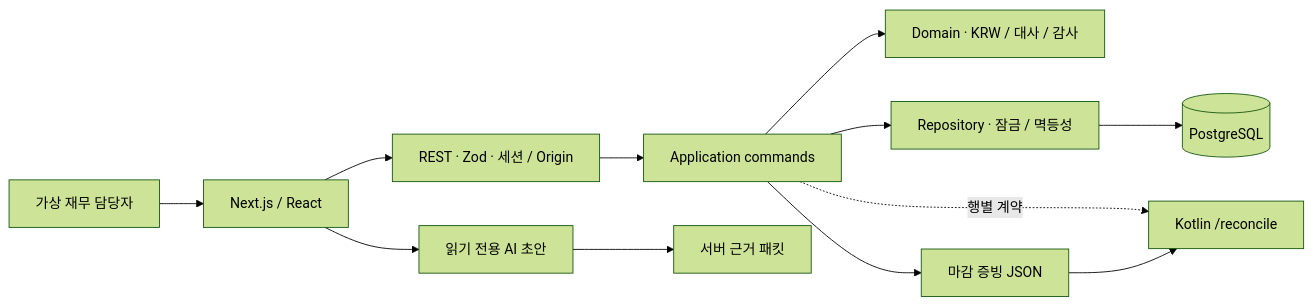
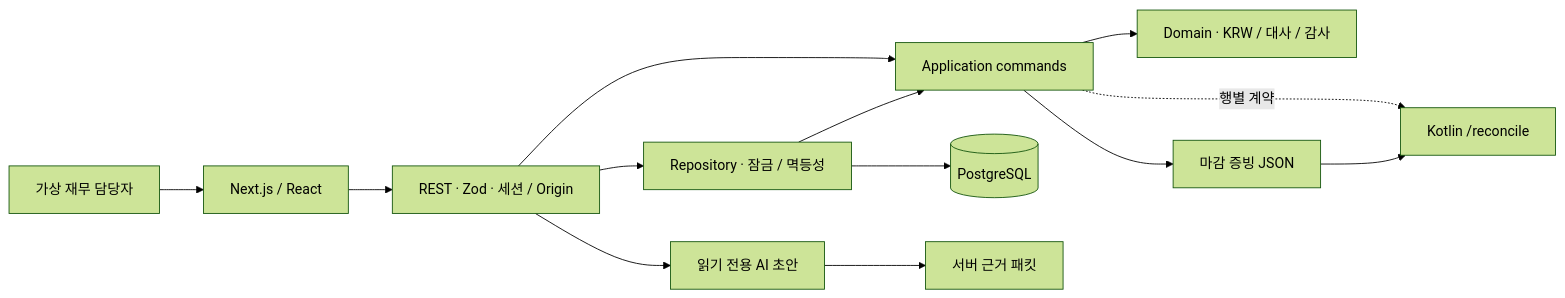
One commit to kwakhyun/closepilot changed the diagram in README.md. Above: the diagram before and after it, drawn with Mermaid (forest theme). The commit also changed other lines of this file and 52 other files, not shown here.

````diff
--- a/README.md
+++ b/README.md
@@ -47,14 +53,15 @@
 ```mermaid
 flowchart LR
   User[가상 재무 담당자] --> UI[Next.js / React]
   UI --> API[REST · Zod · 세션 / Origin]
   API --> App[Application commands]
   App --> Domain[Domain · KRW / 대사 / 감사]
-  App --> Repo[Repository · 잠금 / 멱등성]
+  API --> Repo[Repository · 잠금 / 멱등성]
+  Repo --> App
   Repo --> DB[(PostgreSQL)]
-  UI --> Agent[읽기 전용 AI 초안]
+  API --> Agent[읽기 전용 AI 초안]
   Agent --> Evidence[서버 근거 패킷]
   App -. 행별 계약 .-> Kotlin[Kotlin /reconcile]
   App --> Package[마감 증빙 JSON]
   Package --> Kotlin
 ```
````
